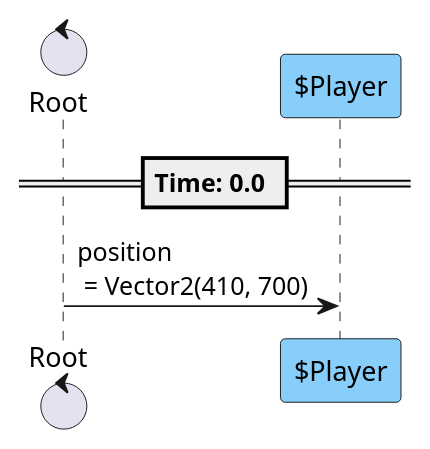
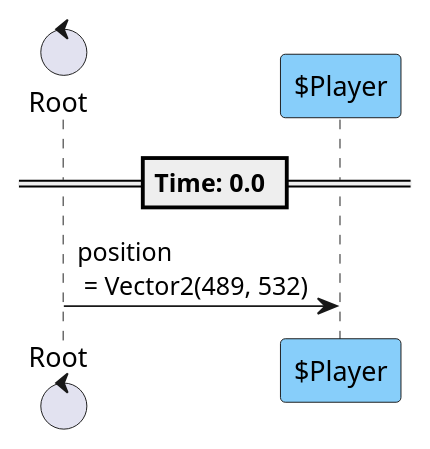
The second of 8 diagrams in content/scenes/src/chapters/0/stages/0/stage_0.tscn.adoc (tkmfujise/Platformer-Game-Learning), drawn with PlantUML before and after one commit. The commit also changed other lines of this file and 19 other files, not shown here.

```diff
--- a/content/scenes/src/chapters/0/stages/0/stage_0.tscn.adoc
+++ b/content/scenes/src/chapters/0/stages/0/stage_0.tscn.adoc
@@ -440,12 +451,12 @@
 [plantuml]
 ....
 control "Root" as R
 participant "$Player" as T0 #87CEFA
 
 
 
 == Time: 0.0 ==
-R  ->  T0 : position\n = Vector2(410, 700)
+R  ->  T0 : position\n = Vector2(489, 532)
 
 
 ....
```
